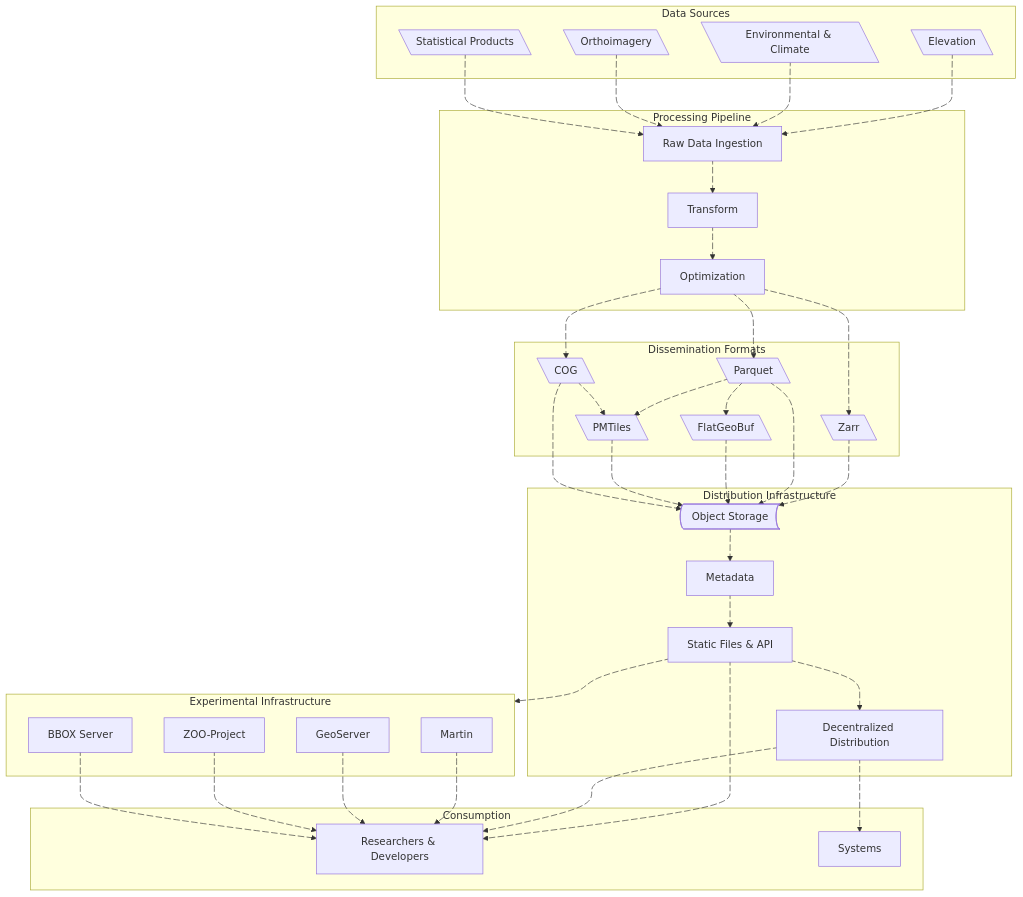
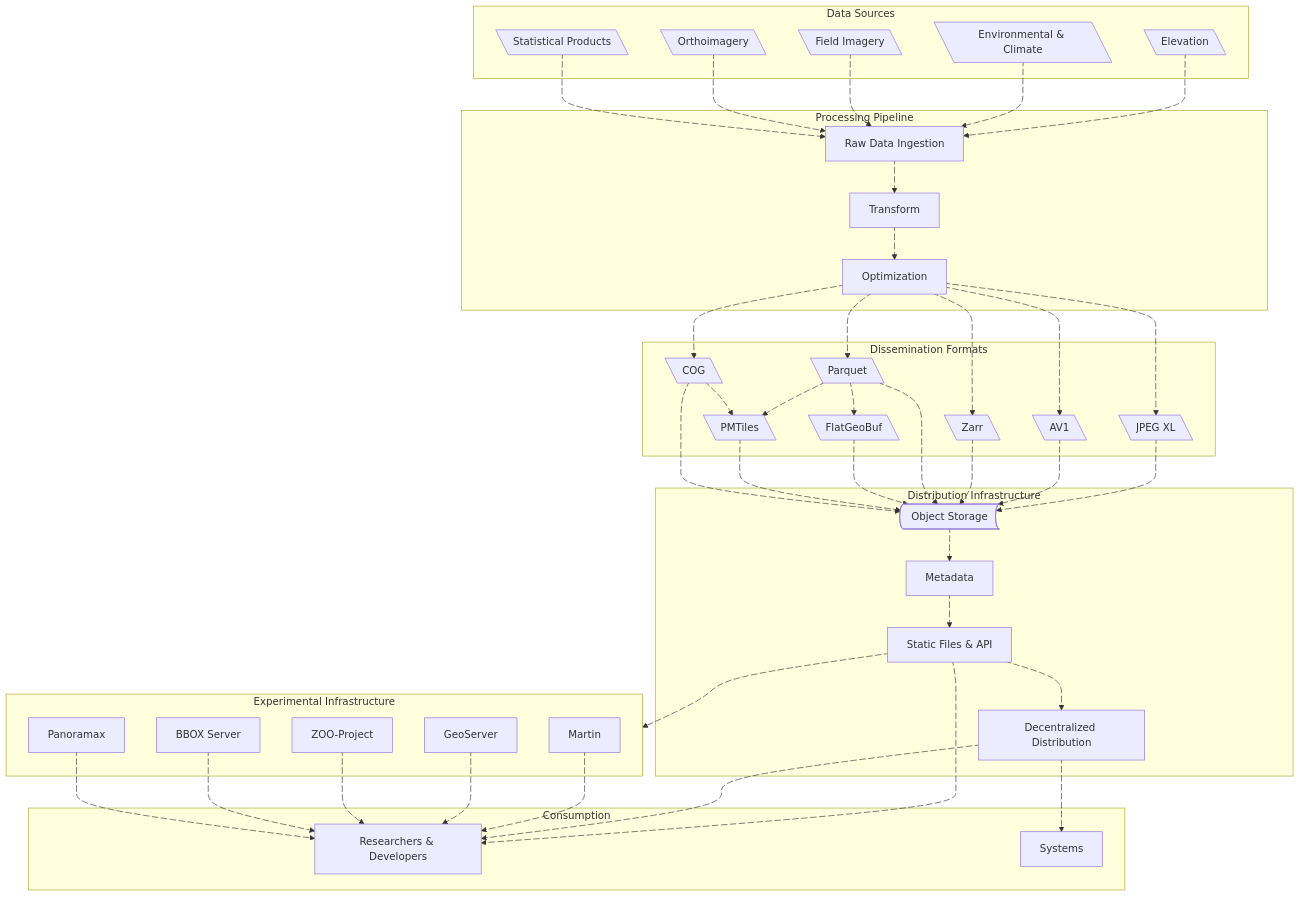
The diagram in content/_index.md (dataforcanada/www.dataforcanada.org), drawn with Mermaid before and after one commit.

Commit message:
Add new data sources, dissemination formats, and experimental infrastructure to high-level overview on homepage

```diff
--- a/content/_index.md
+++ b/content/_index.md
@@ -25,6 +25,7 @@
     subgraph "Data Sources"
         StatProducts@{ shape: lean-l, label: "Statistical Products"}
         Orthoimagery@{ shape: lean-l}
+        FieldImagery@{ shape: lean-l, label: "Field Imagery"}
         Elevation@{ shape: lean-l}
         EnvironmentClimate@{ shape: lean-l, label: "Environmental & Climate"}
     end
@@ -41,6 +42,8 @@
         PMTiles@{ shape: lean-l}
         COG@{ shape: lean-l}
         Zarr@{ shape: lean-l}
+        JPEGXL@{ shape: lean-l, label: "JPEG XL"}
+        AV1@{ shape: lean-l, label: "AV1"}
     end
 
     subgraph "Distribution Infrastructure"
@@ -51,6 +54,7 @@
     end
 
     subgraph ei [Experimental Infrastructure]
+        Panoramax@{ shape: rect}
         Martin@{ shape: rect}
         GeoServer@{ shape: rect}
         ZOOProject@{ shape: rect, label: "ZOO-Project"}
@@ -67,6 +71,8 @@
     a3@{animate: true, animation: slow}
     EnvironmentClimate a31@--> Raw
     a31@{animate: true, animation: slow}
+    FieldImagery a32@--> Raw
+    a32@{animate:true, animation: fast}
     Orthoimagery a2@--> Raw
     a2@{animate: true, animation: slow}
     StatProducts a1@--> Raw
@@ -85,6 +91,14 @@
     a9@{animate: true, animation: slow}
     Opt a29@--> Zarr
     a29@{animate: true, animation: slow}
+    Opt a33@--> JPEGXL
+    a33@{animate: true, animation: slow}
+    JPEGXL a34@ --> ObjectStorage
+    a34@{animate: true, animation: fast}
+    Opt a35@--> AV1
+    a35@{animate: true, animation: slow}
+    AV1 a36@ --> ObjectStorage
+    a36@{animate: true, animation: fast}
     Zarr a30@--> ObjectStorage
     a30@{animate: true, animation: slow}
     Parquet a10@--> ObjectStorage
@@ -120,17 +134,25 @@
     a26@{animate: true, animation: slow}
     BBOXServer a27@--> DataSci
     a27@{animate: true, animation: slow}
+    Panoramax a37@--> DataSci
+    a37@{animate: true, animation: slow}
 
     click Parquet "https://github.com/apache/parquet-format/" _blank
     click FlatGeoBuf "https://flatgeobuf.org/" _blank
     click PMTiles "https://github.com/protomaps/PMTiles/blob/main/spec/v3/spec.md" _blank
     click Zarr "https://github.com/zarr-developers/geozarr-spec/" _blank
-    click StatProducts "https://www.dataforcanada.org/docs/processes/statistical_products/" _blank
-    click Orthoimagery "https://www.dataforcanada.org/docs/processes/orthoimagery/" _blank
-    click DecentralizedDistribution "https://www.dataforcanada.org/docs/dissemination/" _blank
+    click StatProducts "/docs/processes/statistical_products/" _blank
+    click Orthoimagery "/docs/processes/orthoimagery/" _blank
+    %%click FieldImagery "/docs/processes/field_imagery/" _blank
+    %%click EnvironmentClimate "/docs/processes/environmental_climate/" _blank
+    %%click Elevation "/docs/processes/elevation/" _blank
+    click JPEGXL "https://jpeg.org/jpegxl/" _blank
+    click AV1 "https://aomedia.org/specifications/av1/" _blank
+    click DecentralizedDistribution "/docs/dissemination/" _blank
     click Metadata "https://stac-utils.github.io/stac-geoparquet/latest/spec/stac-geoparquet-spec/" _blank
     click Martin "https://martin.maplibre.org/" _blank
     click GeoServer "https://geoserver.org/" _blank
+    click Panoramax "https://gitlab.com/panoramax" _blank
     click COG "https://cogeo.org/" _blank
     click ZOOProject "https://zoo-project.org/" _blank
     click BBOXServer "https://www.bbox.earth/" _blank
```
